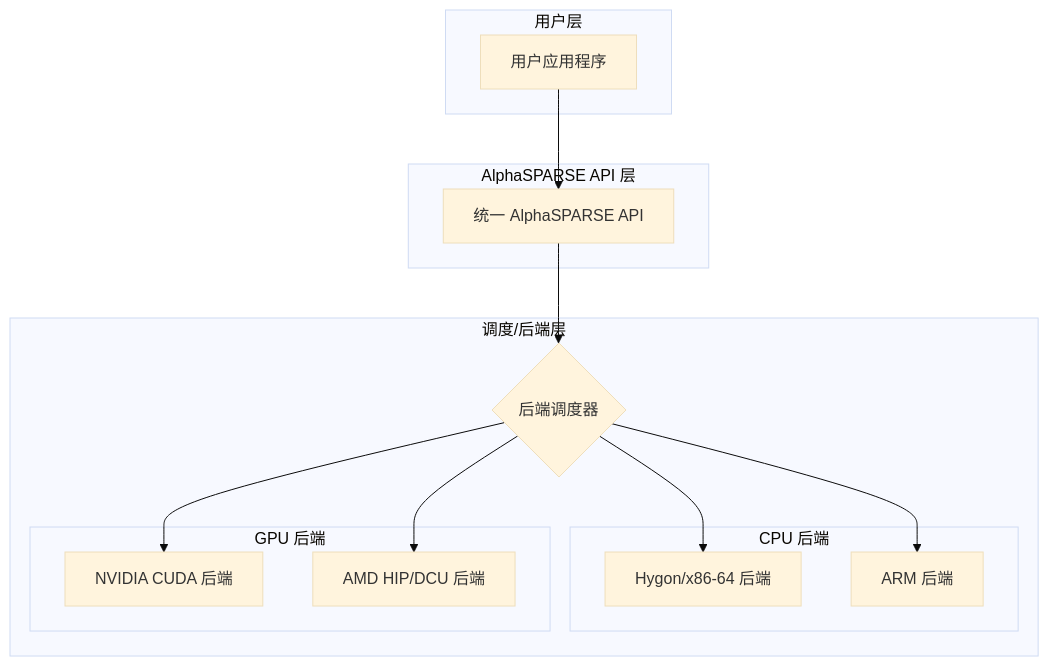
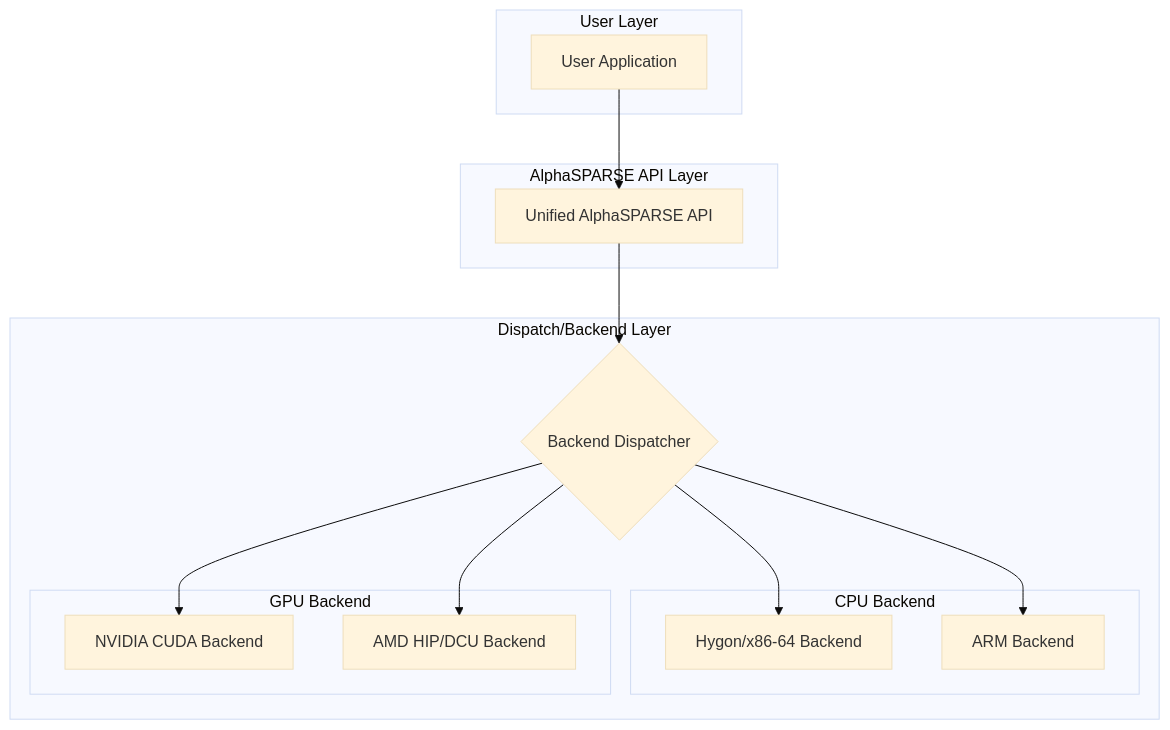
One commit to QiWu-NCIC/QiWu-KernelPerf changed the second of 21 diagrams in KernelPerf/submissions/spmv/alphasparse/upstream/AlphasparseWiki .md. Above: the diagram before and after it, drawn with Mermaid (base theme). The commit also changed other lines of this file and 310 other files, not shown here.

````diff
--- a/KernelPerf/submissions/spmv/alphasparse/upstream/AlphasparseWiki .md
+++ b/KernelPerf/submissions/spmv/alphasparse/upstream/AlphasparseWiki .md
@@ -207,31 +207,31 @@
 ```mermaid
 graph TD
-    subgraph 用户层
-        A[用户应用程序]
+    subgraph User Layer
+        A[User Application]
     end
 
-    subgraph AlphaSPARSE API 层
-        B[统一 AlphaSPARSE API]
+    subgraph AlphaSPARSE API Layer
+        B[Unified AlphaSPARSE API]
     end
 
-    subgraph 调度/后端层
-        C{后端调度器}
+    subgraph Dispatch/Backend Layer
+        C{Backend Dispatcher}
 
-        subgraph CPU 后端
-            D[Hygon/x86-64 后端]
-            E[ARM 后端]
+        subgraph CPU Backend
+            D[Hygon/x86-64 Backend]
+            E[ARM Backend]
         end
 
-        subgraph GPU 后端
-            F[NVIDIA CUDA 后端]
-            G[AMD HIP/DCU 后端]
+        subgraph GPU Backend
+            F[NVIDIA CUDA Backend]
+            G[AMD HIP/DCU Backend]
         end
     end
 
     A --> B
     B --> C
     C --> D
     C --> E
     C --> F
     C --> G
 ```
````
